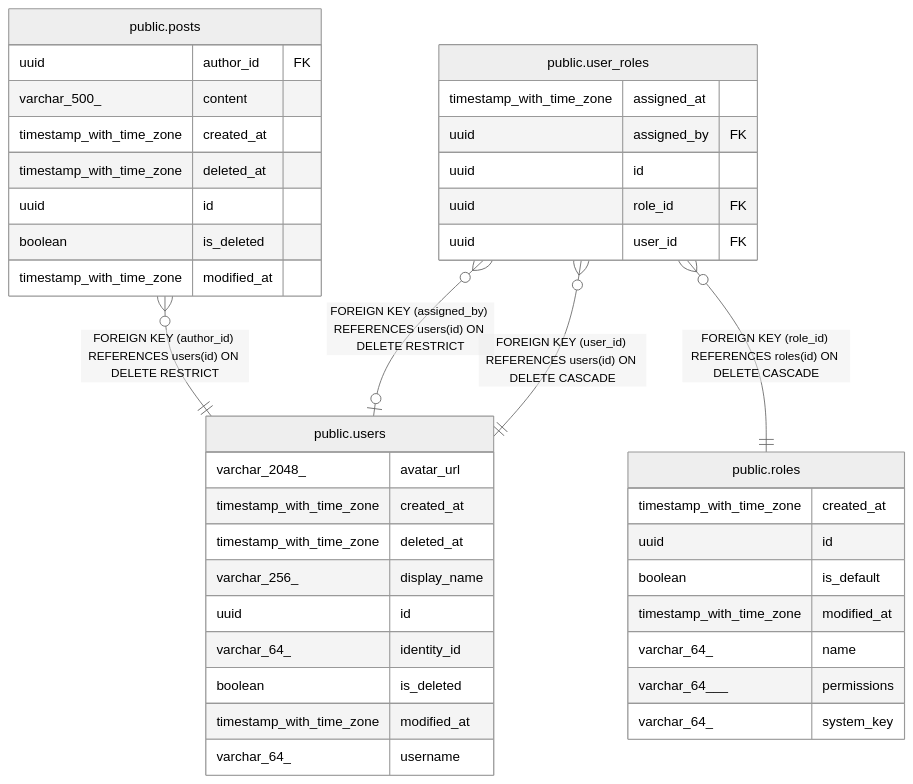
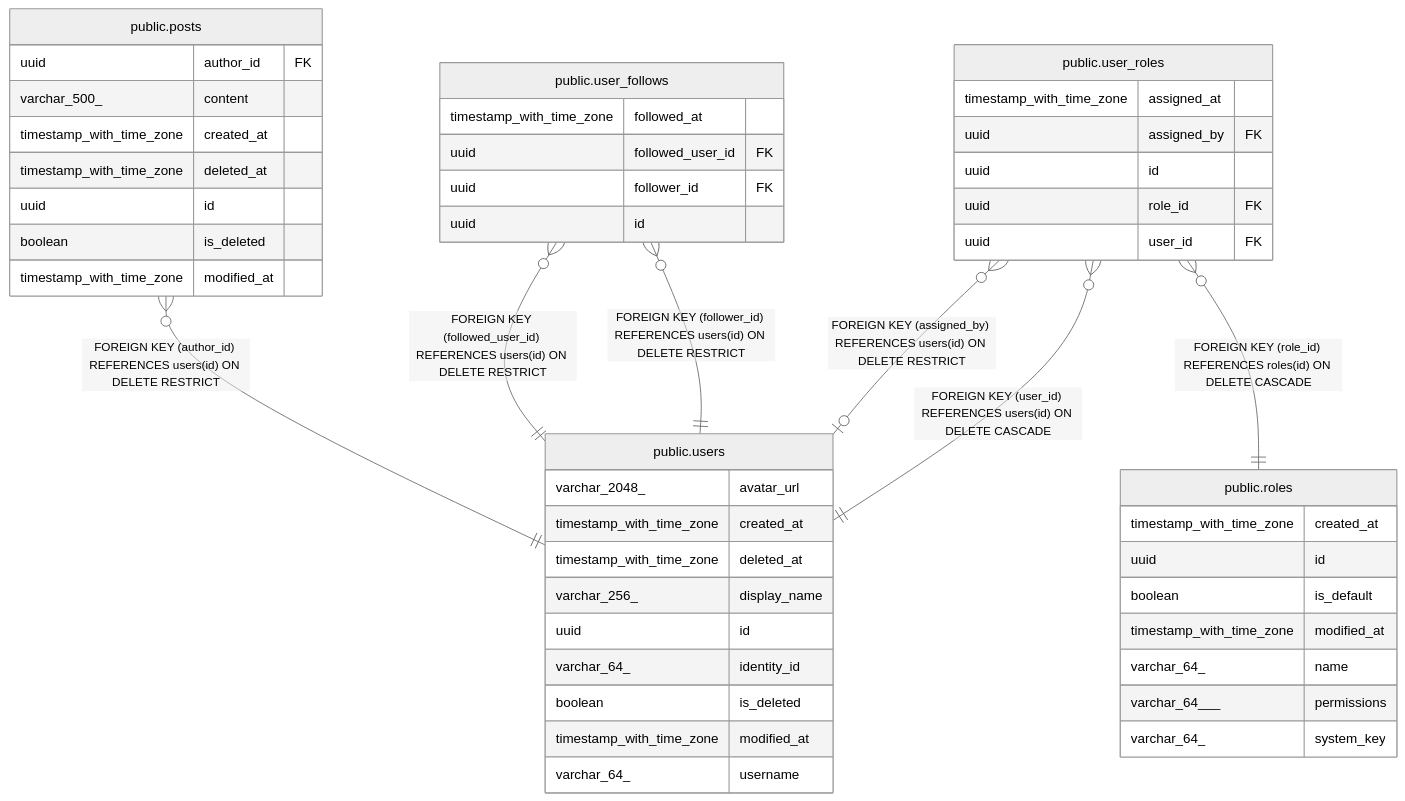
The diagram in docs/database/README.md (trduc2712/choco-api), drawn with Mermaid (neutral theme) before and after one commit. The commit also changed other lines of this file and 22 other files, not shown here.

````diff
--- a/docs/database/README.md
+++ b/docs/database/README.md
@@ -23,45 +24,53 @@
 ```mermaid
 erDiagram
 
 "public.posts" }o--|| "public.users" : "FOREIGN KEY (author_id) REFERENCES users(id) ON DELETE RESTRICT"
+"public.user_follows" }o--|| "public.users" : "FOREIGN KEY (followed_user_id) REFERENCES users(id) ON DELETE RESTRICT"
+"public.user_follows" }o--|| "public.users" : "FOREIGN KEY (follower_id) REFERENCES users(id) ON DELETE RESTRICT"
 "public.user_roles" }o--o| "public.users" : "FOREIGN KEY (assigned_by) REFERENCES users(id) ON DELETE RESTRICT"
 "public.user_roles" }o--|| "public.users" : "FOREIGN KEY (user_id) REFERENCES users(id) ON DELETE CASCADE"
 "public.user_roles" }o--|| "public.roles" : "FOREIGN KEY (role_id) REFERENCES roles(id) ON DELETE CASCADE"
 
 "public.posts" {
   uuid author_id FK
   varchar_500_ content
   timestamp_with_time_zone created_at
   timestamp_with_time_zone deleted_at
   uuid id
   boolean is_deleted
   timestamp_with_time_zone modified_at
 }
 "public.roles" {
   timestamp_with_time_zone created_at
   uuid id
   boolean is_default
   timestamp_with_time_zone modified_at
   varchar_64_ name
   varchar_64___ permissions
   varchar_64_ system_key
 }
+"public.user_follows" {
+  timestamp_with_time_zone followed_at
+  uuid followed_user_id FK
+  uuid follower_id FK
+  uuid id
+}
 "public.user_roles" {
   timestamp_with_time_zone assigned_at
   uuid assigned_by FK
   uuid id
   uuid role_id FK
   uuid user_id FK
 }
 "public.users" {
   varchar_2048_ avatar_url
   timestamp_with_time_zone created_at
   timestamp_with_time_zone deleted_at
   varchar_256_ display_name
   uuid id
   varchar_64_ identity_id
   boolean is_deleted
   timestamp_with_time_zone modified_at
   varchar_64_ username
 }
 ```
````
